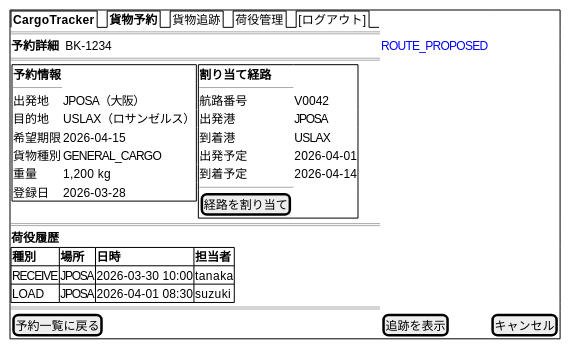
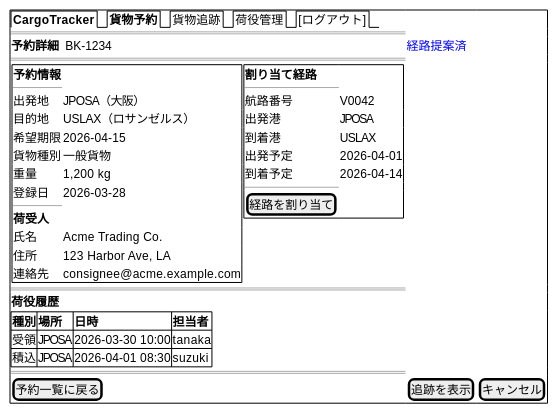
One commit to k2works/case-study-cargo-tracker changed the seventh of 23 diagrams in docs/design/ui_design.md. Above: the diagram before and after it, drawn with PlantUML. The commit also changed other lines of this file, not shown here.

````diff
--- a/docs/design/ui_design.md
+++ b/docs/design/ui_design.md
@@ -478,42 +541,47 @@
 ```plantuml
 @startsalt
 {+
   {/ <b>CargoTracker</b> | <b>貨物予約</b> | 貨物追跡 | 荷役管理 | [ログアウト] }
   ==
-  <b>予約詳細</b>  BK-1234  |  <color:blue>ROUTE_PROPOSED</color>
+  <b>予約詳細</b>  BK-1234  |  <color:blue>経路提案済</color>
   ==
   {
     {+
       <b>予約情報</b>
       ----
       出発地     | JPOSA（大阪）
       目的地     | USLAX（ロサンゼルス）
       希望期限   | 2026-04-15
-      貨物種別   | GENERAL_CARGO
+      貨物種別   | 一般貨物
       重量       | 1,200 kg
       登録日     | 2026-03-28
+      ----
+      <b>荷受人</b>
+      氏名       | Acme Trading Co.
+      住所       | 123 Harbor Ave, LA
+      連絡先     | consignee@acme.example.com
     } |
     {+
       <b>割り当て経路</b>
       ----
       航路番号   | V0042
       出発港     | JPOSA
       到着港     | USLAX
       出発予定   | 2026-04-01
       到着予定   | 2026-04-14
       ----
       [経路を割り当て]
     }
   }
   ==
   <b>荷役履歴</b>
   {#
     **種別** | **場所** | **日時** | **担当者**
-    RECEIVE  | JPOSA    | 2026-03-30 10:00 | tanaka
-    LOAD     | JPOSA    | 2026-04-01 08:30 | suzuki
+    受領     | JPOSA    | 2026-03-30 10:00 | tanaka
+    積込     | JPOSA    | 2026-04-01 08:30 | suzuki
   }
   ==
   [予約一覧に戻る] | [追跡を表示] | [キャンセル]
 }
 @endsalt
 ```
````
